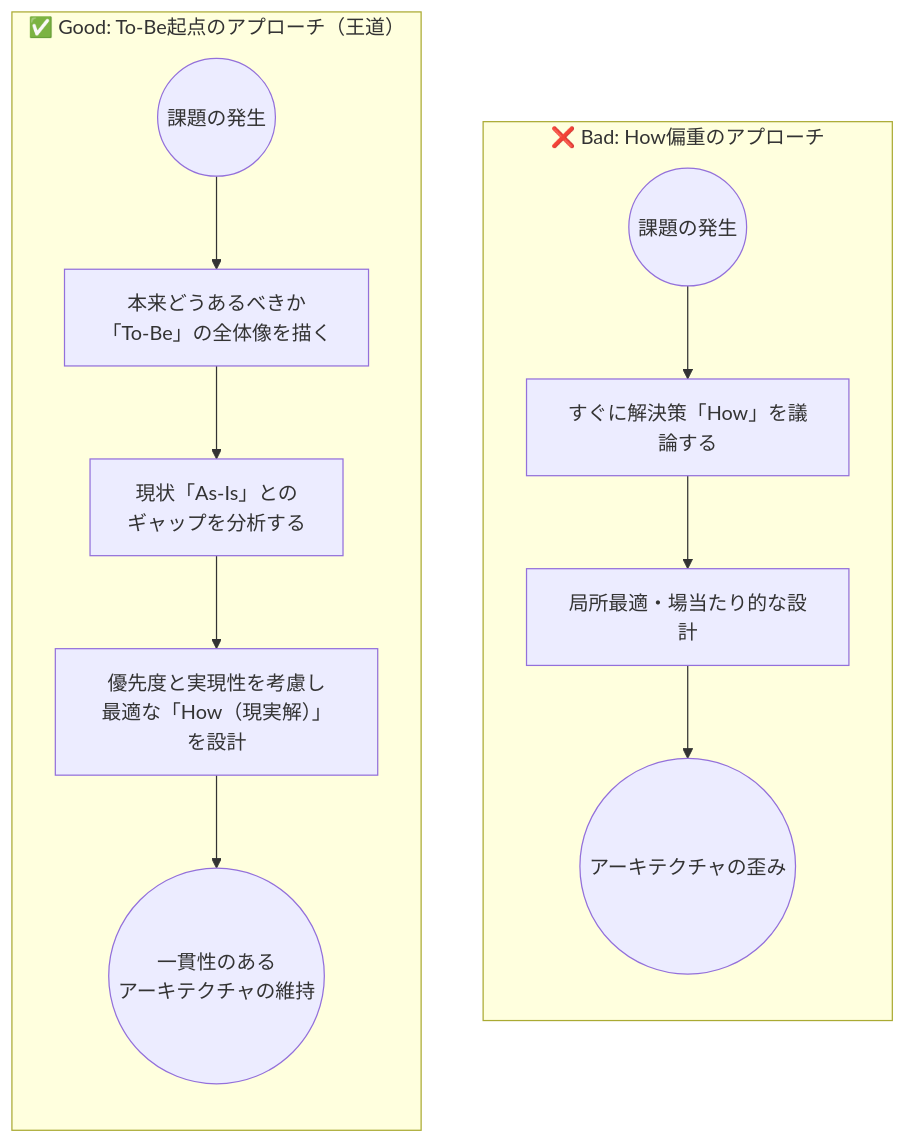
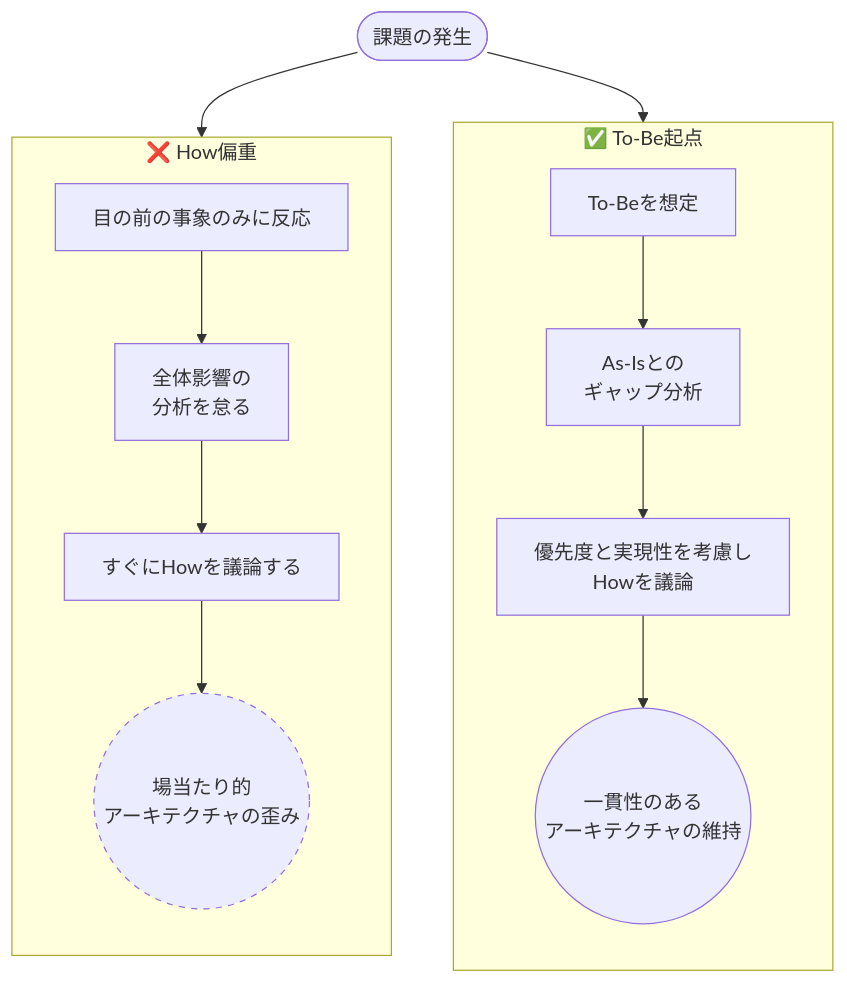
Before and after one commit to future-architect/arch-guidelines: the second of 5 diagrams in documents/forPrinciple/principle_guidelines.md, drawn with Mermaid. The commit also changed other lines of this file, not shown here.

````diff
--- a/documents/forPrinciple/principle_guidelines.md
+++ b/documents/forPrinciple/principle_guidelines.md
@@ -124,29 +130,35 @@
 ```mermaid
-graph TD
-    subgraph "❌ Bad: How偏重のアプローチ"
+flowchart TD
+    Issue([課題の発生])
+
+    subgraph RouteGood [✅ To-Be起点]
         direction TB
-        Issue1((課題の発生)):::neutral
-
-        B_How[すぐに解決策「How」を議論する]:::bad
-        B_Design[局所最適・場当たり的な設計]:::bad
-        B_End((アーキテクチャの歪み))
-
-        Issue1 --> B_How
-        B_How --> B_Design
-        B_Design --> B_End
-    end
-
-    subgraph "✅ Good: To-Be起点のアプローチ（王道）"
-        direction TB
-        Issue2((課題の発生)):::neutral
-        G_ToBe[本来どうあるべきか<br>「To-Be」の全体像を描く]:::good
-        G_Gap[現状「As-Is」との<br>ギャップを分析する]:::good
-        G_How[優先度と実現性を考慮し<br>最適な「How（現実解）」を設計]:::good
+        G_ToBe[To-Beを想定]
+        G_Gap[As-Isとの<br>ギャップ分析]
+        G_How[優先度と実現性を考慮し<br>Howを議論]
         G_End((一貫性のある<br>アーキテクチャの維持))
 
-        Issue2 --> G_ToBe
         G_ToBe --> G_Gap
         G_Gap --> G_How
         G_How --> G_End
     end
+
+    subgraph RouteBad [❌ How偏重]
+        direction TB
+        B_React[目の前の事象のみに反応]
+        B_Skip[全体影響の<br>分析を怠る]
+        B_How[すぐにHowを議論する]
+        B_End((場当たり的<br>アーキテクチャの歪み))
+
+        B_React --> B_Skip
+        B_Skip --> B_How
+        B_How --> B_End
+    end
+
+    %% 共通ノードからの分岐
+    Issue --> G_ToBe
+    Issue --> B_React
+
+    %% B_Endノードの枠線を点線（破線）にする
+    style B_End stroke-dasharray: 5 5
 ```
````
